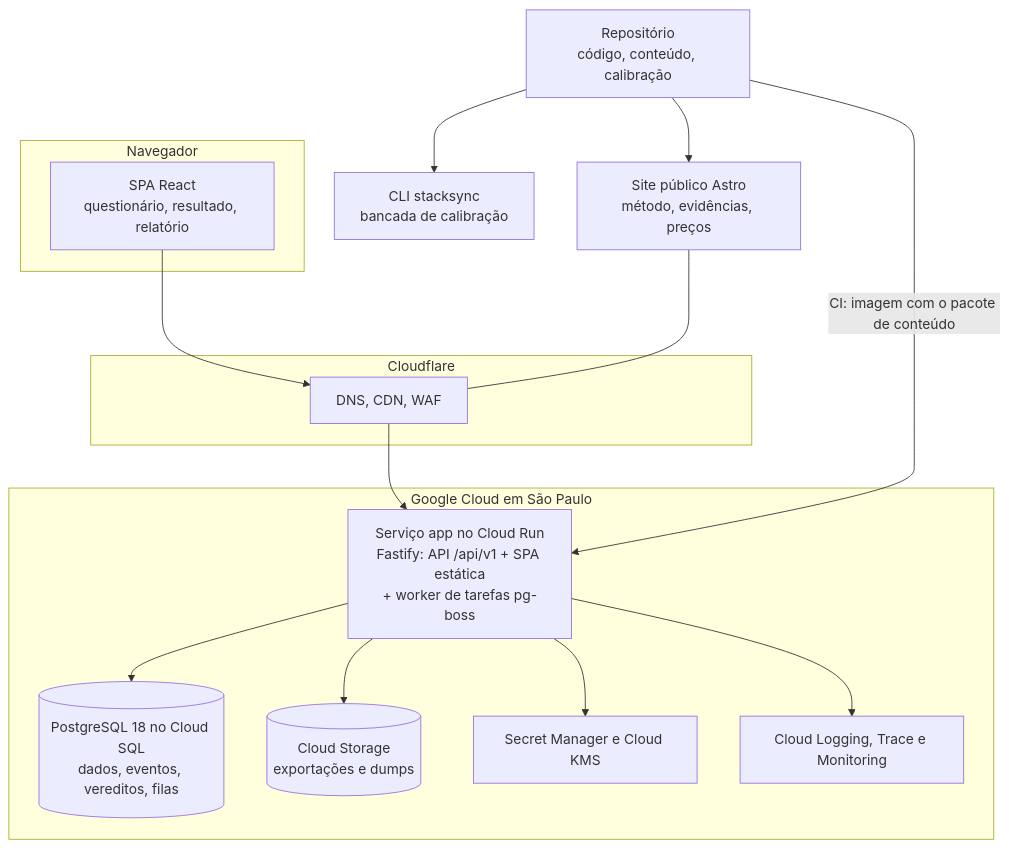
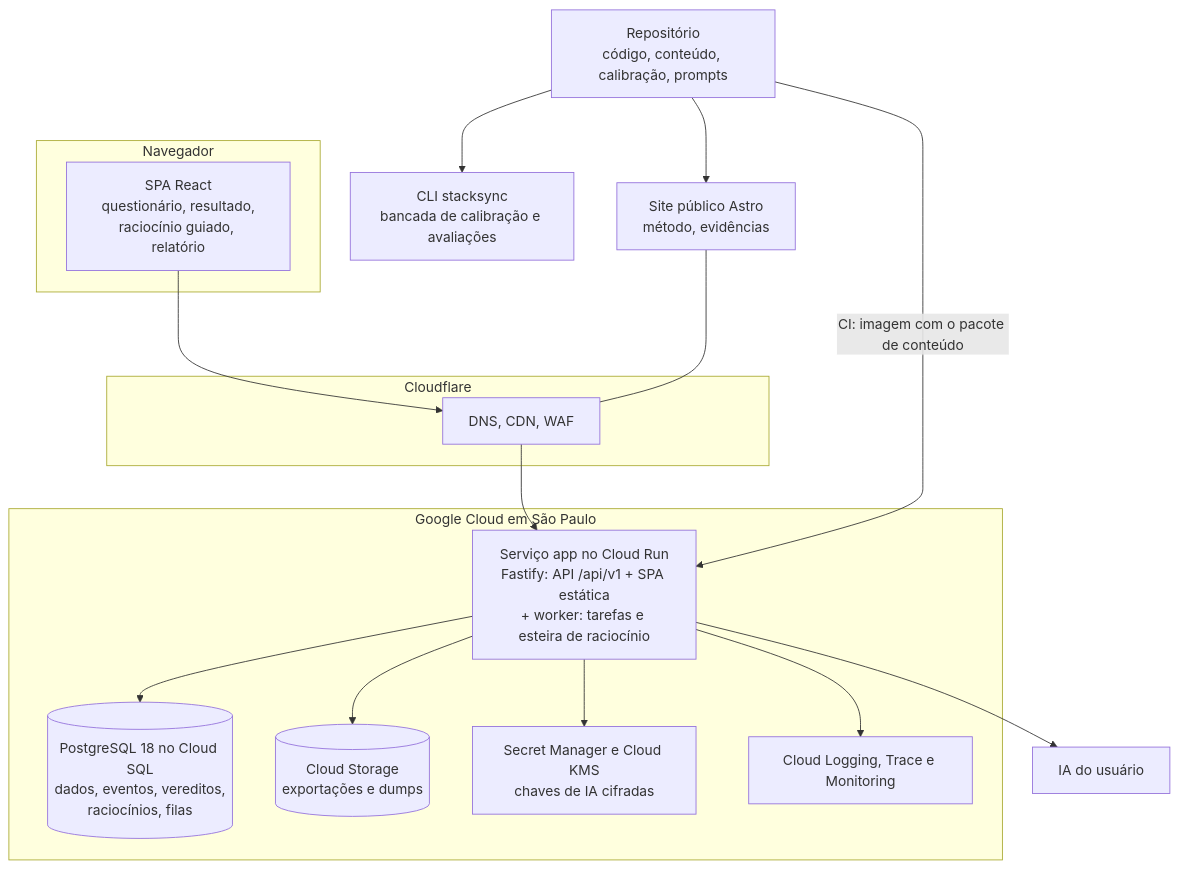
The second of 8 diagrams in StackSync - Parte 4 Arquitetura e planejamento técnico.md (RecheEduardo/stacksync), drawn with Mermaid before and after one commit. The commit also changed other lines of this file, not shown here.

First line of the commit message:
docs: ajusta a Parte 4 ao novo escopo (IA do usuário, sem custos)

````diff
--- a/StackSync - Parte 4 Arquitetura e planejamento técnico.md
+++ b/StackSync - Parte 4 Arquitetura e planejamento técnico.md
@@ -328,28 +336,30 @@
 ```mermaid
 flowchart TB
   subgraph NAV["Navegador"]
-    SPA["SPA React<br/>questionário, resultado, relatório"]
+    SPA["SPA React<br/>questionário, resultado,<br/>raciocínio guiado, relatório"]
   end
   subgraph BORDA["Cloudflare"]
     CDN["DNS, CDN, WAF"]
   end
   subgraph GCP["Google Cloud em São Paulo"]
-    APP["Serviço app no Cloud Run<br/>Fastify: API /api/v1 + SPA estática<br/>+ worker de tarefas pg-boss"]
-    DB[("PostgreSQL 18 no Cloud SQL<br/>dados, eventos, vereditos, filas")]
+    APP["Serviço app no Cloud Run<br/>Fastify: API /api/v1 + SPA estática<br/>+ worker: tarefas e esteira de raciocínio"]
+    DB[("PostgreSQL 18 no Cloud SQL<br/>dados, eventos, vereditos,<br/>raciocínios, filas")]
     GCS[("Cloud Storage<br/>exportações e dumps")]
-    KMS["Secret Manager e Cloud KMS"]
+    KMS["Secret Manager e Cloud KMS<br/>chaves de IA cifradas"]
     OBS["Cloud Logging, Trace e Monitoring"]
   end
-  SITE["Site público Astro<br/>método, evidências, preços"]
-  CLI["CLI stacksync<br/>bancada de calibração"]
-  REPO["Repositório<br/>código, conteúdo, calibração"]
+  IAU["IA do usuário"]
+  SITE["Site público Astro<br/>método, evidências"]
+  CLI["CLI stacksync<br/>bancada de calibração e avaliações"]
+  REPO["Repositório<br/>código, conteúdo, calibração, prompts"]
   SPA --> CDN --> APP
   SITE --- CDN
   APP --> DB
   APP --> GCS
   APP --> KMS
   APP --> OBS
+  APP --> IAU
   REPO -->|"CI: imagem com o pacote de conteúdo"| APP
   REPO --> CLI
   REPO --> SITE
 ```
````
